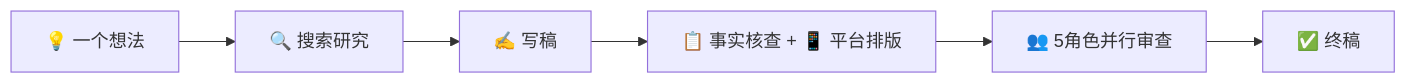
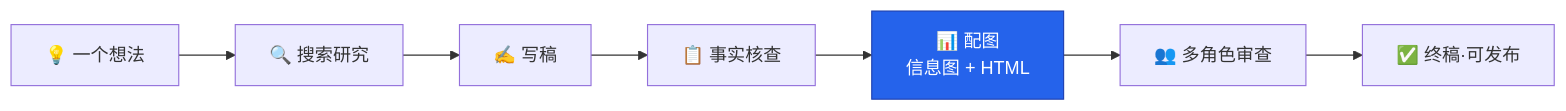
One commit to zdyya/writer-skill changed the diagram in README.md. Above: the diagram before and after it, drawn with Mermaid. The commit also changed other lines of this file and 17 other files, not shown here.

````diff
--- a/README.md
+++ b/README.md
@@ -5,8 +22,10 @@
 ```mermaid
 graph LR
     A[💡 一个想法] --> B[🔍 搜索研究]
     B --> C[✍️ 写稿]
-    C --> D[📋 事实核查 + 📱 平台排版]
-    D --> E[👥 5角色并行审查]
-    E --> F[✅ 终稿]
+    C --> D[📋 事实核查]
+    D --> E[📊 配图<br/>信息图 + HTML]
+    E --> F[👥 多角色审查]
+    F --> G[✅ 终稿·可发布]
+    style E fill:#2563EB,stroke:#1E40AF,color:#fff
 ```
````
